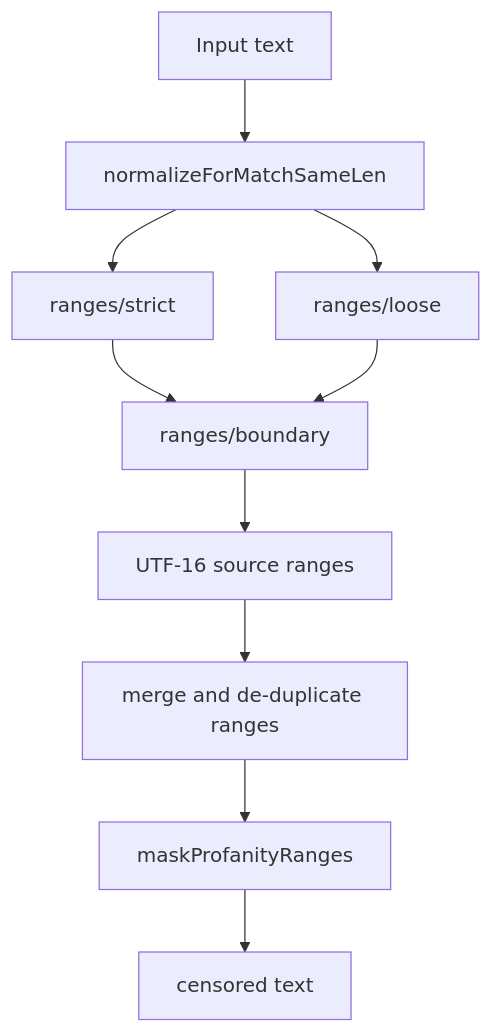
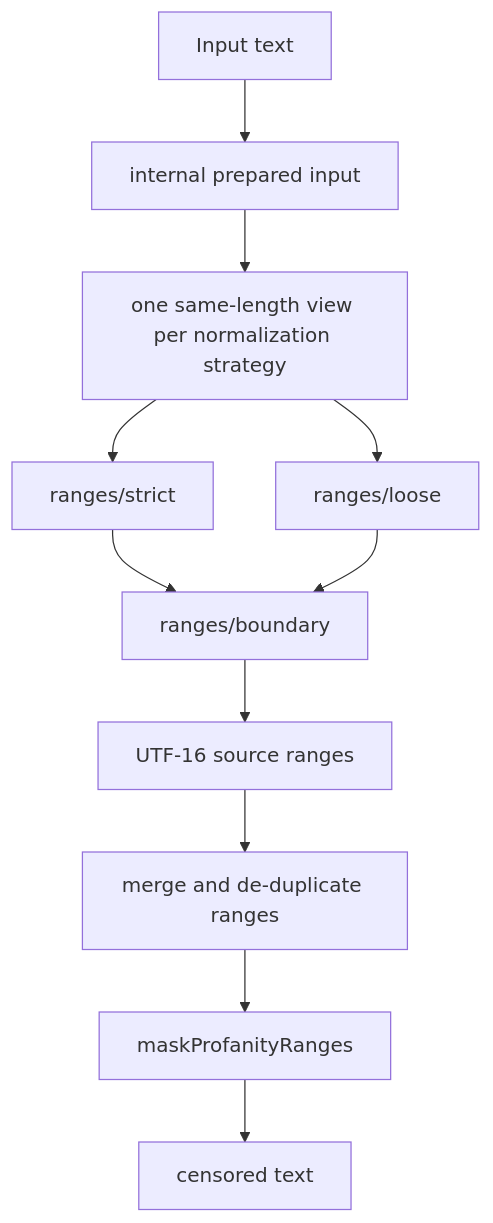
The first of 4 diagrams in docs/architecture.md (textfilters/textfilters), drawn with Mermaid before and after one commit. The commit also changed other lines of this file and 11 other files, not shown here.

First line of the commit message:
perf: reused prepared input across scanners and profiles

````diff
--- a/docs/architecture.md
+++ b/docs/architecture.md
@@ -29,12 +29,13 @@
 ```mermaid
 flowchart TD
-  Input["Input text"] --> Normalize["normalizeForMatchSameLen"]
+  Input["Input text"] --> Prepared["internal prepared input"]
+  Prepared --> Normalize["one same-length view per normalization strategy"]
   Normalize --> Strict["ranges/strict"]
   Normalize --> Loose["ranges/loose"]
   Strict --> Boundary["ranges/boundary"]
   Loose --> Boundary
   Boundary --> Ranges["UTF-16 source ranges"]
   Ranges --> Merge["merge and de-duplicate ranges"]
   Merge --> Mask["maskProfanityRanges"]
   Mask --> Output["censored text"]
 ```
````
